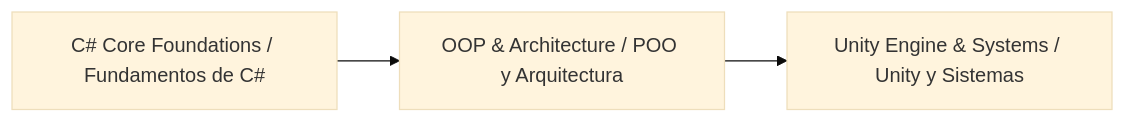
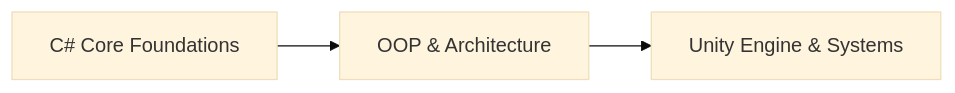
Before and after one commit to alanfabzlab/Developer-Knowledge-Base: the diagram in 🟣 CSharp/README.md, drawn with Mermaid (base theme). The commit also changed other lines of this file and 9 other files, not shown here.

````diff
--- a/🟣 CSharp/README.md
+++ b/🟣 CSharp/README.md
@@ -87,9 +68,9 @@
 ```mermaid
 flowchart LR
-    A[C# Core Foundations / Fundamentos de C#] --> B[OOP & Architecture / POO y Arquitectura]
-    B --> C[Unity Engine & Systems / Unity y Sistemas]
+    A[C# Core Foundations] --> B[OOP & Architecture]
+    B --> C[Unity Engine & Systems]
 
-    click A "#" "Data types, control flow, methods & memory / Tipos de datos, control de flujo, métodos y memoria"
-    click B "#" "Classes, inheritance, LINQ & interfaces / Clases, herencia, LINQ e interfaces"
-    click C "#" "MonoBehaviour lifecycle & ScriptableObjects / Ciclo de vida de MonoBehaviour y ScriptableObjects"
+    click A "#" "Data types, control flow, methods & memory"
+    click B "#" "Classes, inheritance, LINQ & interfaces"
+    click C "#" "MonoBehaviour lifecycle & ScriptableObjects"
 ```
````
